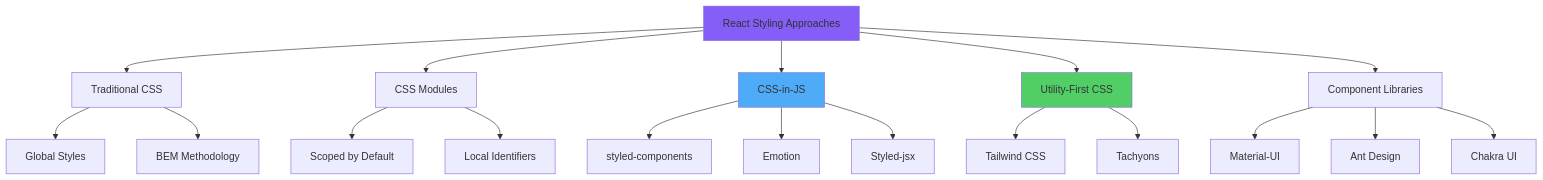
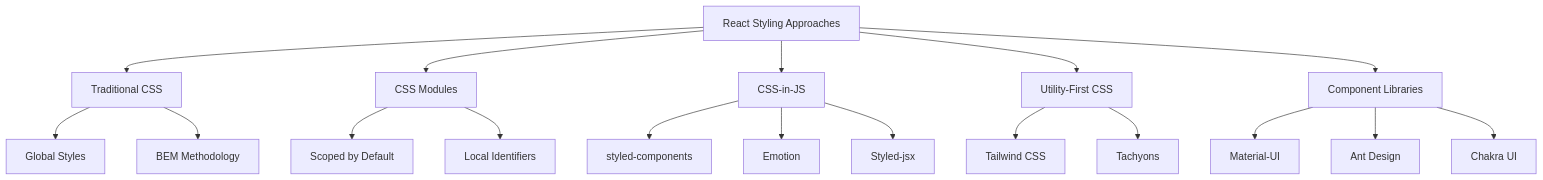
Before and after one commit to BabaScience/react-guides: the first of 6 diagrams in arguments/chapters/04-react-styling.md, drawn with Mermaid. The commit also changed other lines of this file and 29 other files, not shown here.

First line of the commit message:
Bring React FR/IT translations to full English parity + theme-safe diagrams

````diff
--- a/arguments/chapters/04-react-styling.md
+++ b/arguments/chapters/04-react-styling.md
@@ -28,29 +28,26 @@
 ```mermaid
 graph TD
     A[React Styling Approaches] --> B[Traditional CSS]
     A --> C[CSS Modules]
     A --> D[CSS-in-JS]
     A --> E[Utility-First CSS]
     A --> F[Component Libraries]
     
     B --> B1[Global Styles]
     B --> B2[BEM Methodology]
     
     C --> C1[Scoped by Default]
     C --> C2[Local Identifiers]
     
     D --> D1[styled-components]
     D --> D2[Emotion]
     D --> D3[Styled-jsx]
     
     E --> E1[Tailwind CSS]
     E --> E2[Tachyons]
     
     F --> F1[Material-UI]
     F --> F2[Ant Design]
     F --> F3[Chakra UI]
     
-    style A fill:#845ef7
-    style D fill:#4dabf7
-    style E fill:#51cf66
 ```
````
